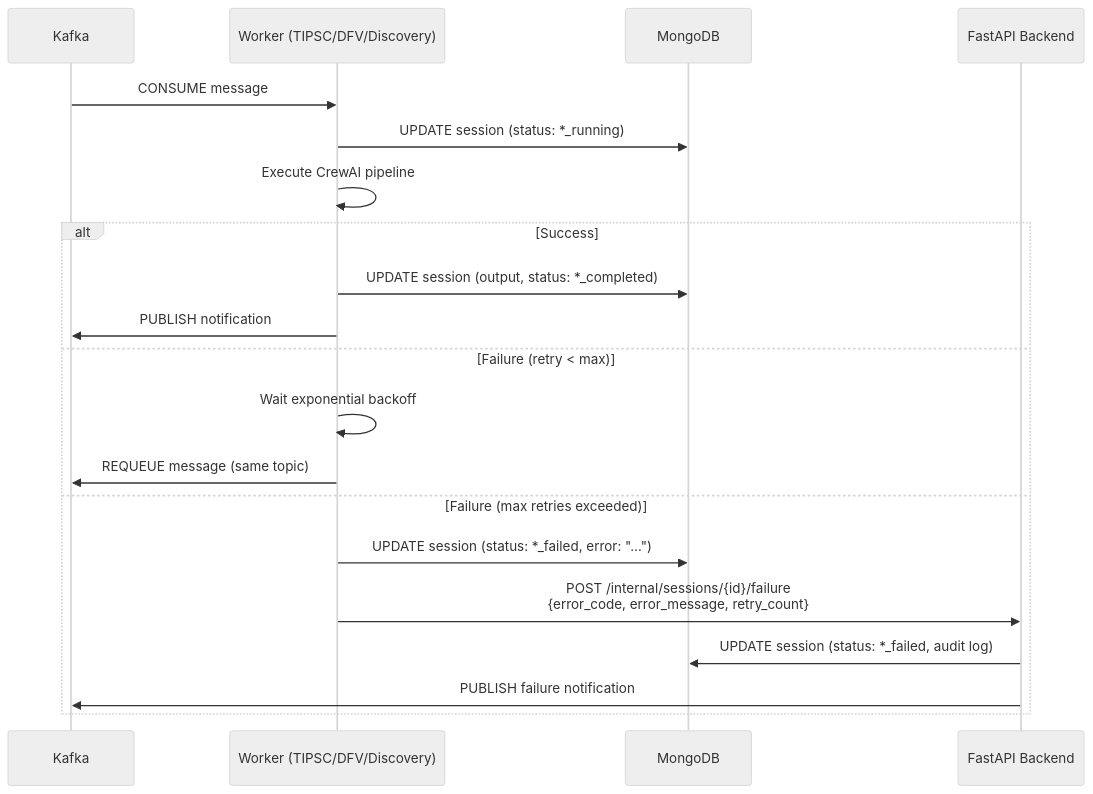
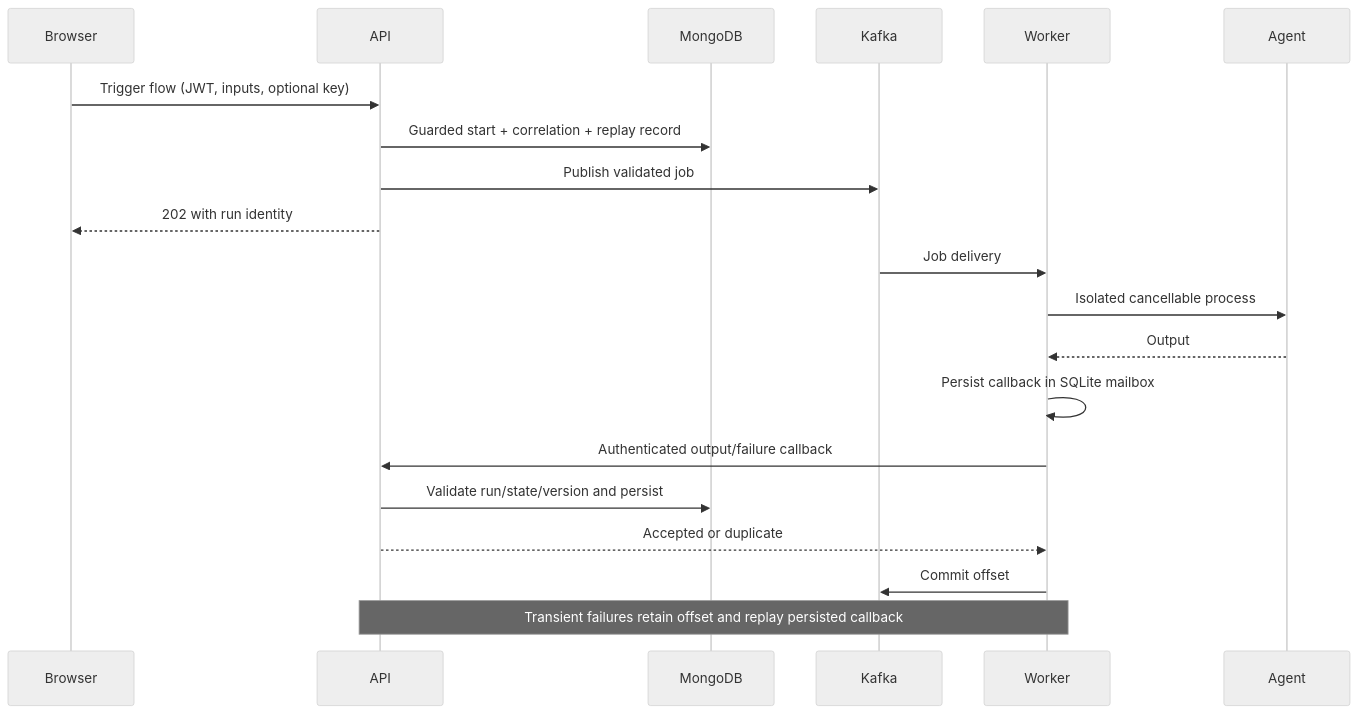
The second of 2 diagrams in docs/sequence-diagrams.md (CIE-PESU/AGIS-2026-Experiments), drawn with Mermaid (neutral theme) before and after one commit. The commit also changed other lines of this file and 282 other files, not shown here.

````diff
--- a/docs/sequence-diagrams.md
+++ b/docs/sequence-diagrams.md
@@ -129,23 +29,22 @@
 ```mermaid
 sequenceDiagram
+    participant Browser
+    participant API
+    participant MongoDB
     participant Kafka
-    participant Worker as Worker (TIPSC/DFV/Discovery)
-    participant MongoDB
-    participant Backend as FastAPI Backend
-
-    Kafka->>Worker: CONSUME message
-    Worker->>MongoDB: UPDATE session (status: *_running)
-    Worker->>Worker: Execute CrewAI pipeline
-    alt Success
-        Worker->>MongoDB: UPDATE session (output, status: *_completed)
-        Worker->>Kafka: PUBLISH notification
-    else Failure (retry < max)
-        Worker->>Worker: Wait exponential backoff
-        Worker->>Kafka: REQUEUE message (same topic)
-    else Failure (max retries exceeded)
-        Worker->>MongoDB: UPDATE session (status: *_failed, error: "...")
-        Worker->>Backend: POST /internal/sessions/{id}/failure<br/>{error_code, error_message, retry_count}
-        Backend->>MongoDB: UPDATE session (status: *_failed, audit log)
-        Backend->>Kafka: PUBLISH failure notification
-    end
+    participant Worker
+    participant Agent
+    Browser->>API: Trigger flow (JWT, inputs, optional key)
+    API->>MongoDB: Guarded start + correlation + replay record
+    API->>Kafka: Publish validated job
+    API-->>Browser: 202 with run identity
+    Kafka->>Worker: Job delivery
+    Worker->>Agent: Isolated cancellable process
+    Agent-->>Worker: Output
+    Worker->>Worker: Persist callback in SQLite mailbox
+    Worker->>API: Authenticated output/failure callback
+    API->>MongoDB: Validate run/state/version and persist
+    API-->>Worker: Accepted or duplicate
+    Worker->>Kafka: Commit offset
+    Note over Worker,API: Transient failures retain offset and replay persisted callback
 ```
````
